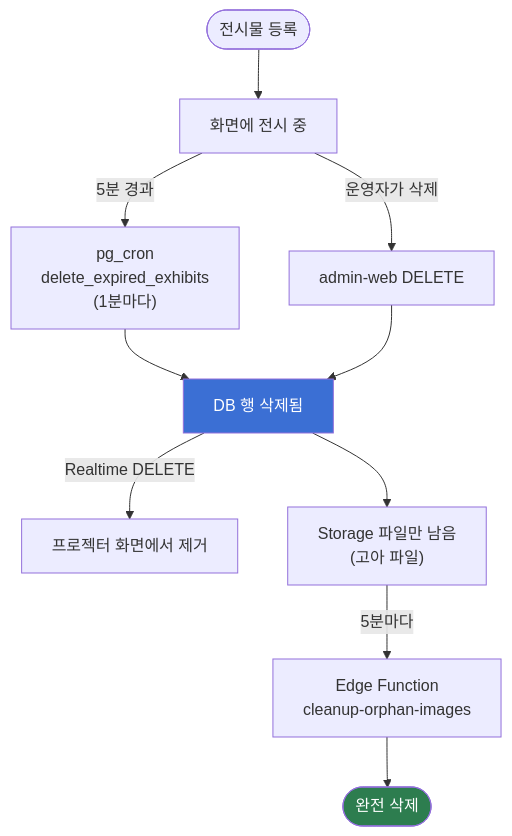
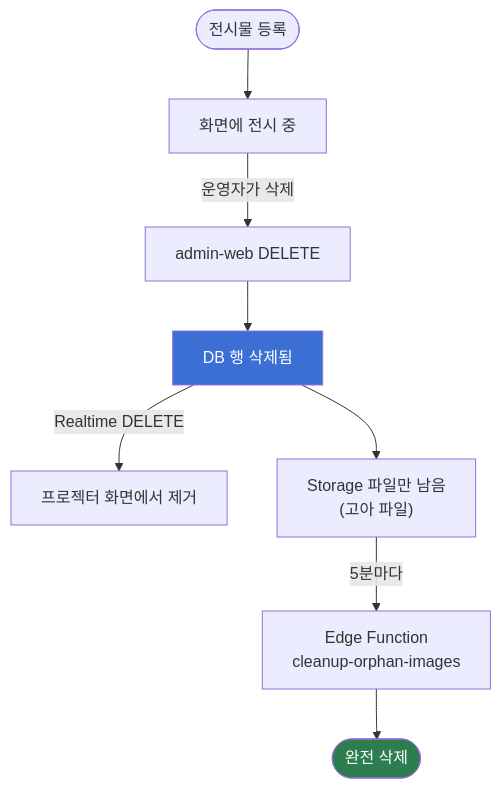
Before and after one commit to kingkiboots/glimpse-of-epiphany: the third of 5 diagrams in README.md, drawn with Mermaid. The commit also changed other lines of this file and 11 other files, not shown here.

````diff
--- a/README.md
+++ b/README.md
@@ -165,19 +163,16 @@
 ```mermaid
 flowchart TD
     START(["전시물 등록"]) --> LIVE["화면에 전시 중"]
 
-    LIVE -->|"5분 경과"| CRON["pg_cron<br/>delete_expired_exhibits<br/>(1분마다)"]
     LIVE -->|"운영자가 삭제"| ADMIN["admin-web DELETE"]
-
-    CRON --> GONE["DB 행 삭제됨"]
-    ADMIN --> GONE
+    ADMIN --> GONE["DB 행 삭제됨"]
 
     GONE -->|"Realtime DELETE"| SCREEN["프로젝터 화면에서 제거"]
     GONE --> ORPHAN["Storage 파일만 남음<br/>(고아 파일)"]
 
     ORPHAN -->|"5분마다"| EF["Edge Function<br/>cleanup-orphan-images"]
     EF --> DONE(["완전 삭제"])
 
     style GONE fill:#3b6fd4,color:#fff
     style DONE fill:#2d7d4f,color:#fff
 ```
````
